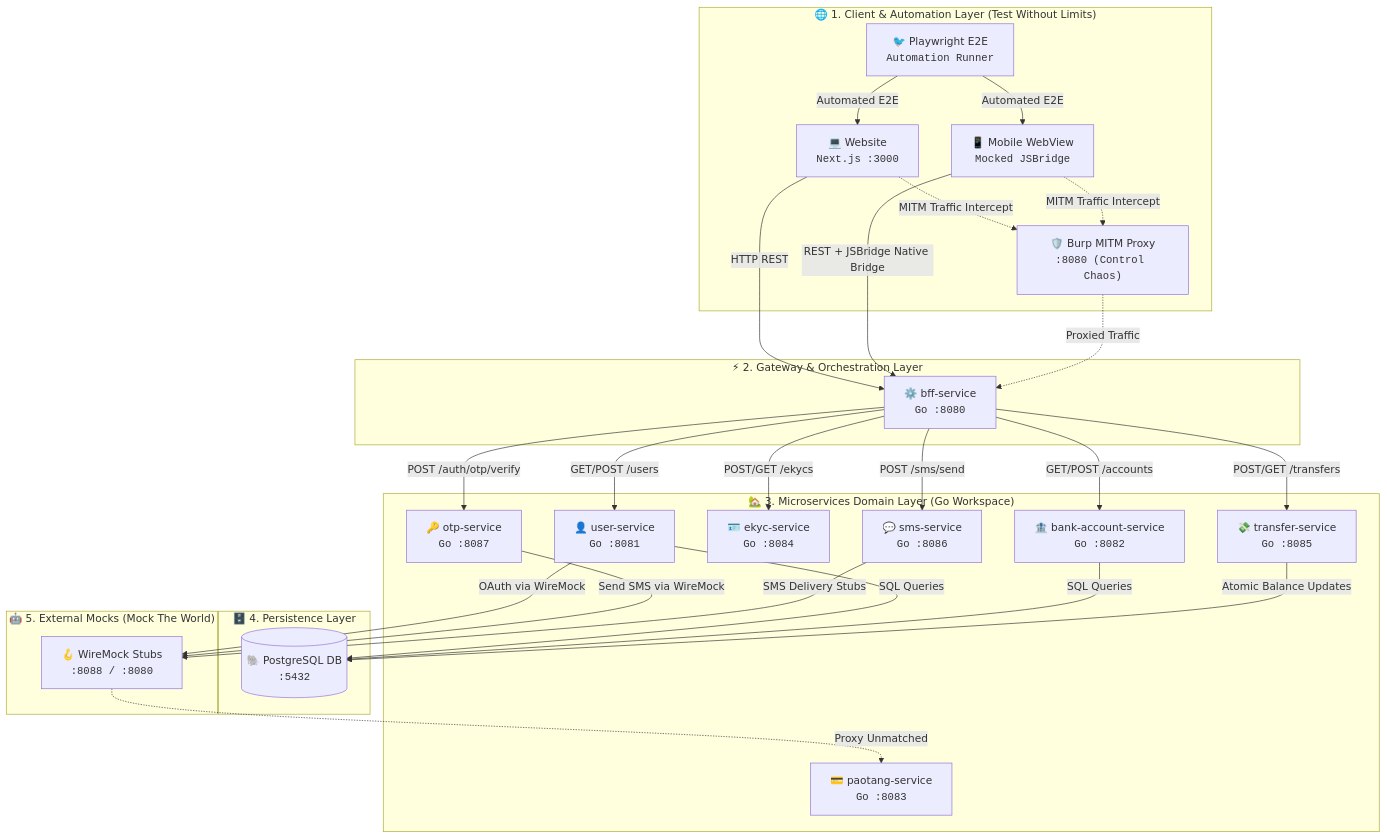
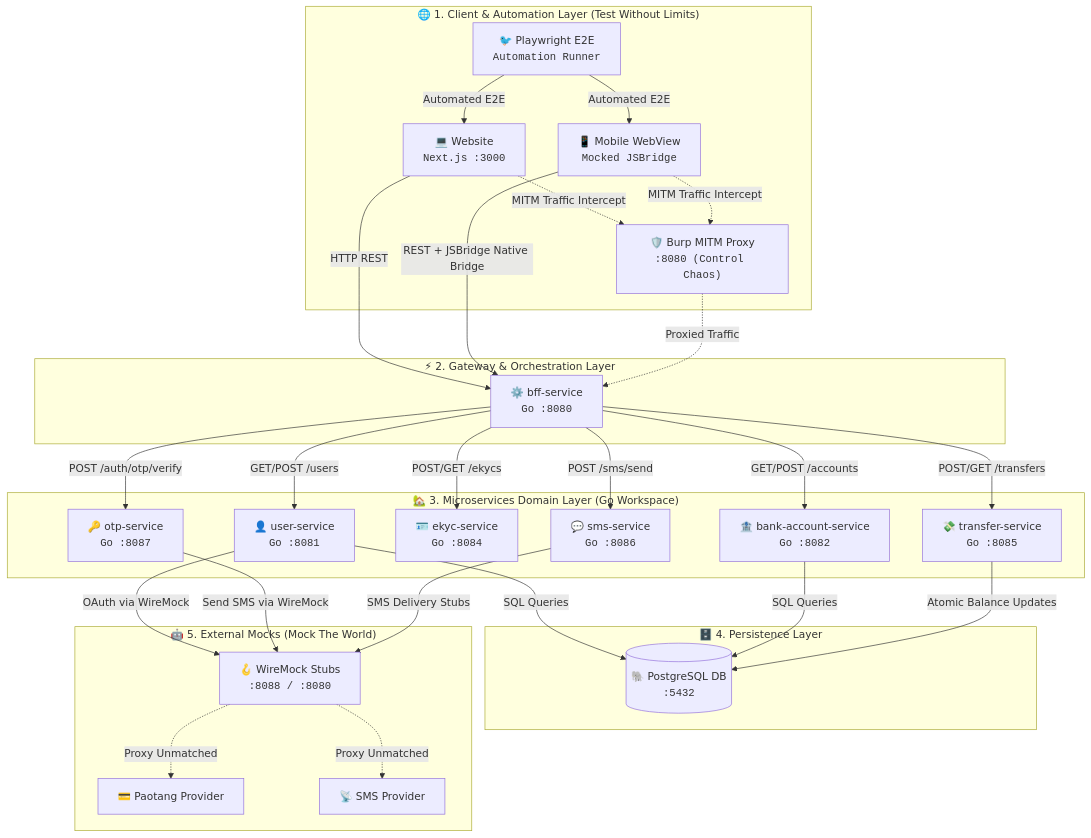
Before and after one commit to SiwakornSitti/ultra-smoooooth-testing: the diagram in README.md, drawn with Mermaid. The commit also changed other lines of this file and 11 other files, not shown here.

Commit message:
refactor: remove paotang-service core container and configure Paotang Provider as external provider

````diff
--- a/README.md
+++ b/README.md
@@ -17,55 +17,57 @@
 ```mermaid
 flowchart TD
     subgraph Clients["🌐 1. Client & Automation Layer (Test Without Limits)"]
         Website["💻 Website<br/><code>Next.js :3000</code>"]
         BridgeWebsite["📱 Mobile WebView<br/><code>Mocked JSBridge</code>"]
         Playwright["🐦 Playwright E2E<br/><code>Automation Runner</code>"]
         Burp["🛡️ Burp MITM Proxy<br/><code>:8080 (Control Chaos)</code>"]
     end
 
     subgraph API_Gateway["⚡ 2. Gateway & Orchestration Layer"]
         BFF["⚙️ bff-service<br/><code>Go :8080</code>"]
     end
 
     subgraph Core_Services["🏡 3. Microservices Domain Layer (Go Workspace)"]
         UserService["👤 user-service<br/><code>Go :8081</code>"]
         BankService["🏦 bank-account-service<br/><code>Go :8082</code>"]
-        PaotangService["💳 paotang-service<br/><code>Go :8083</code>"]
         EKYCService["🪪 ekyc-service<br/><code>Go :8084</code>"]
         TransferService["💸 transfer-service<br/><code>Go :8085</code>"]
         SMSService["💬 sms-service<br/><code>Go :8086</code>"]
         OTPService["🔑 otp-service<br/><code>Go :8087</code>"]
     end
 
     subgraph Persistence["🗄️ 4. Persistence Layer"]
         DB[("🐘 PostgreSQL DB<br/><code>:5432</code>")]
     end
 
     subgraph External_Mocks["🤖 5. External Mocks (Mock The World)"]
         WireMock["🪝 WireMock Stubs<br/><code>:8088 / :8080</code>"]
+        PaotangProvider["💳 Paotang Provider"]
+        SMSProvider["📡 SMS Provider"]
     end
 
     Website -->|HTTP REST| BFF
     BridgeWebsite -->|REST + JSBridge Native Bridge| BFF
     Playwright -->|Automated E2E| Website
     Playwright -->|Automated E2E| BridgeWebsite
     Website -.->|MITM Traffic Intercept| Burp
     BridgeWebsite -.->|MITM Traffic Intercept| Burp
     Burp -.->|Proxied Traffic| BFF
 
     BFF -->|GET/POST /users| UserService
     BFF -->|GET/POST /accounts| BankService
     BFF -->|POST/GET /ekycs| EKYCService
     BFF -->|POST/GET /transfers| TransferService
     BFF -->|POST /sms/send| SMSService
     BFF -->|POST /auth/otp/verify| OTPService
 
     UserService -->|SQL Queries| DB
     BankService -->|SQL Queries| DB
     TransferService -->|Atomic Balance Updates| DB
 
     UserService -->|OAuth via WireMock| WireMock
     OTPService -->|Send SMS via WireMock| WireMock
     SMSService -->|SMS Delivery Stubs| WireMock
-    WireMock -.->|Proxy Unmatched| PaotangService
+    WireMock -.->|Proxy Unmatched| PaotangProvider
+    WireMock -.->|Proxy Unmatched| SMSProvider
 ```
````
